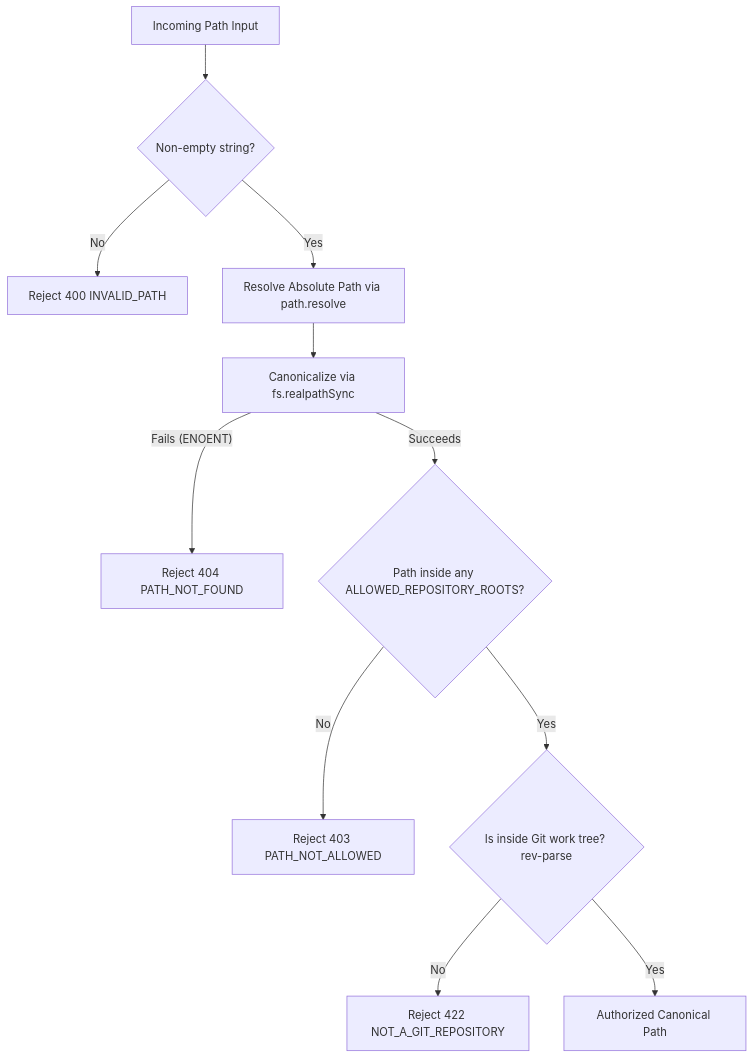
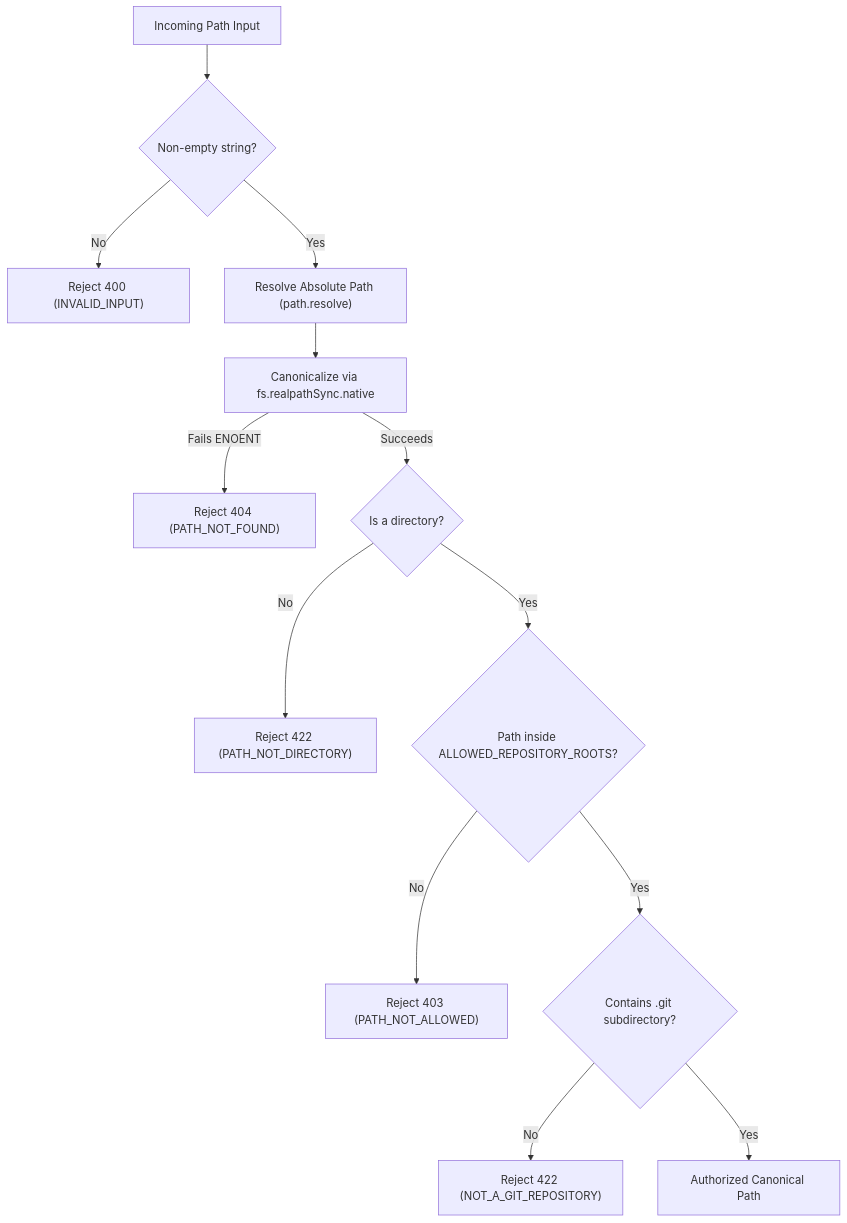
One commit to Justinianus2001/gitscope changed the diagram in docs/security.md. Above: the diagram before and after it, drawn with Mermaid. The commit also changed other lines of this file and 5 other files, not shown here.

````diff
--- a/docs/security.md
+++ b/docs/security.md
@@ -25,13 +25,15 @@
 ```mermaid
 flowchart TD
     Req[Incoming Path Input] --> CheckEmpty{Non-empty string?}
-    CheckEmpty -- No --> Err400[Reject 400 INVALID_PATH]
-    CheckEmpty -- Yes --> ResolveAbs[Resolve Absolute Path via path.resolve]
-    ResolveAbs --> Realpath[Canonicalize via fs.realpathSync]
-    Realpath -- Fails (ENOENT) --> Err404[Reject 404 PATH_NOT_FOUND]
-    Realpath -- Succeeds --> CheckRoots{Path inside any ALLOWED_REPOSITORY_ROOTS?}
-    CheckRoots -- No --> Err403[Reject 403 PATH_NOT_ALLOWED]
-    CheckRoots -- Yes --> CheckGit{Is inside Git work tree? rev-parse}
-    CheckGit -- No --> Err422[Reject 422 NOT_A_GIT_REPOSITORY]
+    CheckEmpty -- No --> Err400["Reject 400 (INVALID_INPUT)"]
+    CheckEmpty -- Yes --> ResolveAbs["Resolve Absolute Path (path.resolve)"]
+    ResolveAbs --> Realpath["Canonicalize via fs.realpathSync.native"]
+    Realpath -- Fails ENOENT --> Err404["Reject 404 (PATH_NOT_FOUND)"]
+    Realpath -- Succeeds --> CheckDir{Is a directory?}
+    CheckDir -- No --> ErrNotDir["Reject 422 (PATH_NOT_DIRECTORY)"]
+    CheckDir -- Yes --> CheckRoots{"Path inside ALLOWED_REPOSITORY_ROOTS?"}
+    CheckRoots -- No --> Err403["Reject 403 (PATH_NOT_ALLOWED)"]
+    CheckRoots -- Yes --> CheckGit{"Contains .git subdirectory?"}
+    CheckGit -- No --> Err422["Reject 422 (NOT_A_GIT_REPOSITORY)"]
     CheckGit -- Yes --> Allow[Authorized Canonical Path]
 ```
````
